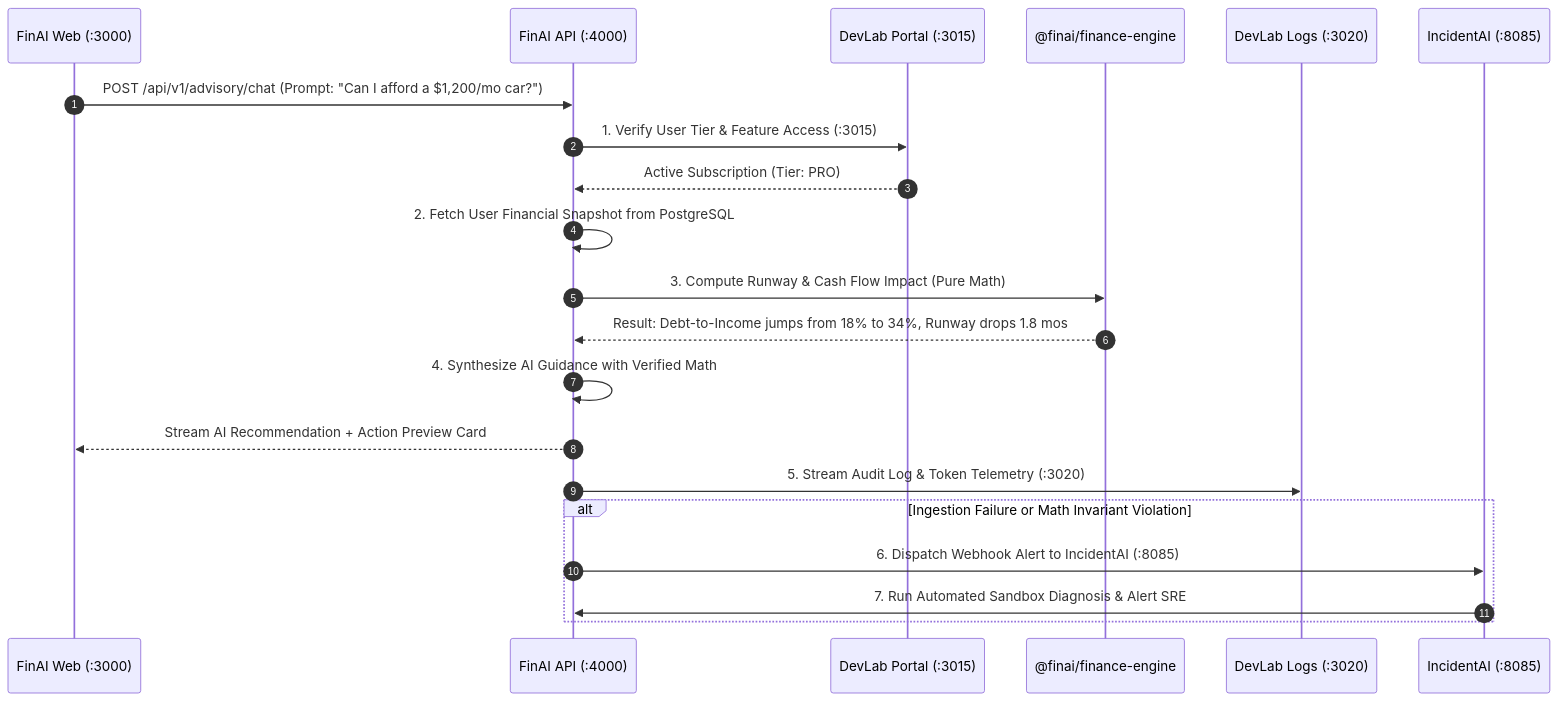
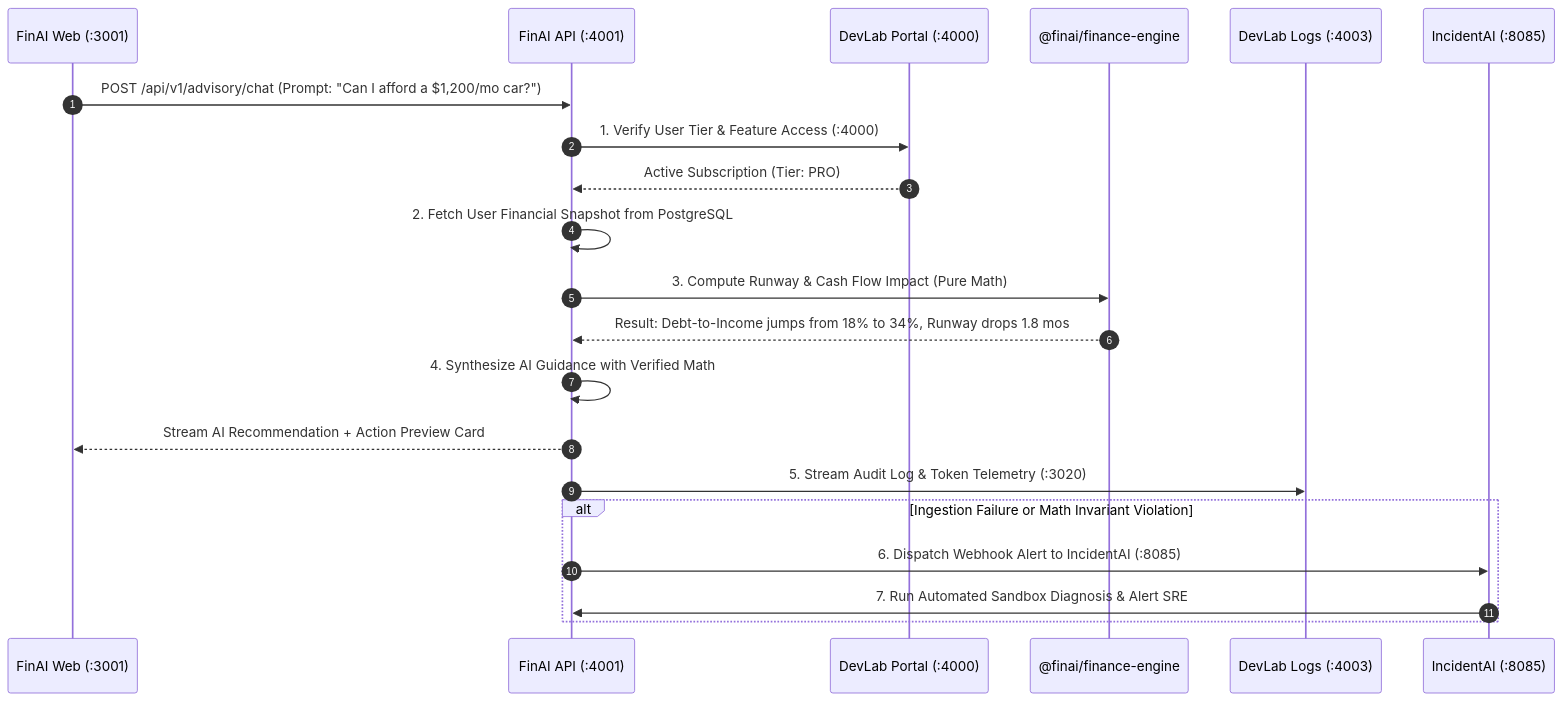
One commit to yuvadevlab/fin-ai changed the diagram in PROJECT_INFO.md. Above: the diagram before and after it, drawn with Mermaid. The commit also changed other lines of this file and 17 other files, not shown here.

Commit message:
chore(apps): standardize finai ports to web 3001 and api 4001 with dynamic env loading

````diff
--- a/PROJECT_INFO.md
+++ b/PROJECT_INFO.md
@@ -103,25 +103,25 @@
 ```mermaid
 sequenceDiagram
     autonumber
-    participant Client as FinAI Web (:3000)
-    participant API as FinAI API (:4000)
-    participant DP as DevLab Portal (:3015)
+    participant Client as FinAI Web (:3001)
+    participant API as FinAI API (:4001)
+    participant DP as DevLab Portal (:4000)
     participant Engine as @finai/finance-engine
-    participant DL as DevLab Logs (:3020)
+    participant DL as DevLab Logs (:4003)
     participant IA as IncidentAI (:8085)
 
     Client->>API: POST /api/v1/advisory/chat (Prompt: "Can I afford a $1,200/mo car?")
-    API->>DP: 1. Verify User Tier & Feature Access (:3015)
+    API->>DP: 1. Verify User Tier & Feature Access (:4000)
     DP-->>API: Active Subscription (Tier: PRO)
     API->>API: 2. Fetch User Financial Snapshot from PostgreSQL
     API->>Engine: 3. Compute Runway & Cash Flow Impact (Pure Math)
     Engine-->>API: Result: Debt-to-Income jumps from 18% to 34%, Runway drops 1.8 mos
     API->>API: 4. Synthesize AI Guidance with Verified Math
     API-->>Client: Stream AI Recommendation + Action Preview Card
     API->>DL: 5. Stream Audit Log & Token Telemetry (:3020)
 
     alt Ingestion Failure or Math Invariant Violation
         API->>IA: 6. Dispatch Webhook Alert to IncidentAI (:8085)
         IA->>API: 7. Run Automated Sandbox Diagnosis & Alert SRE
     end
 ```
````
